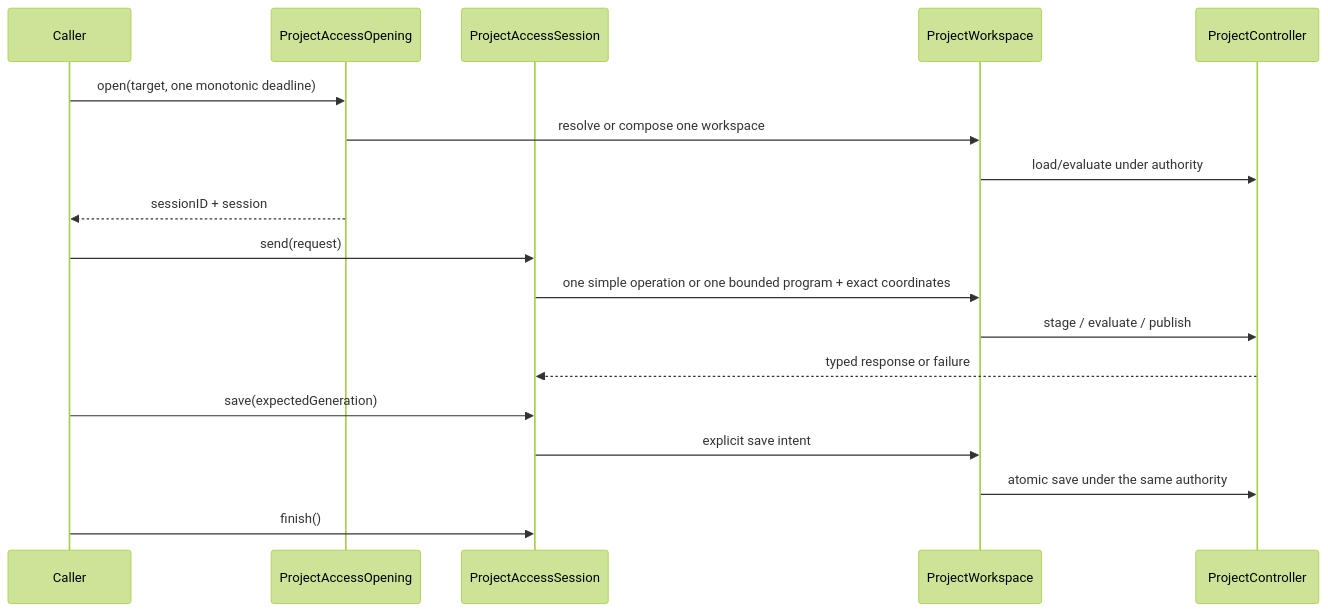
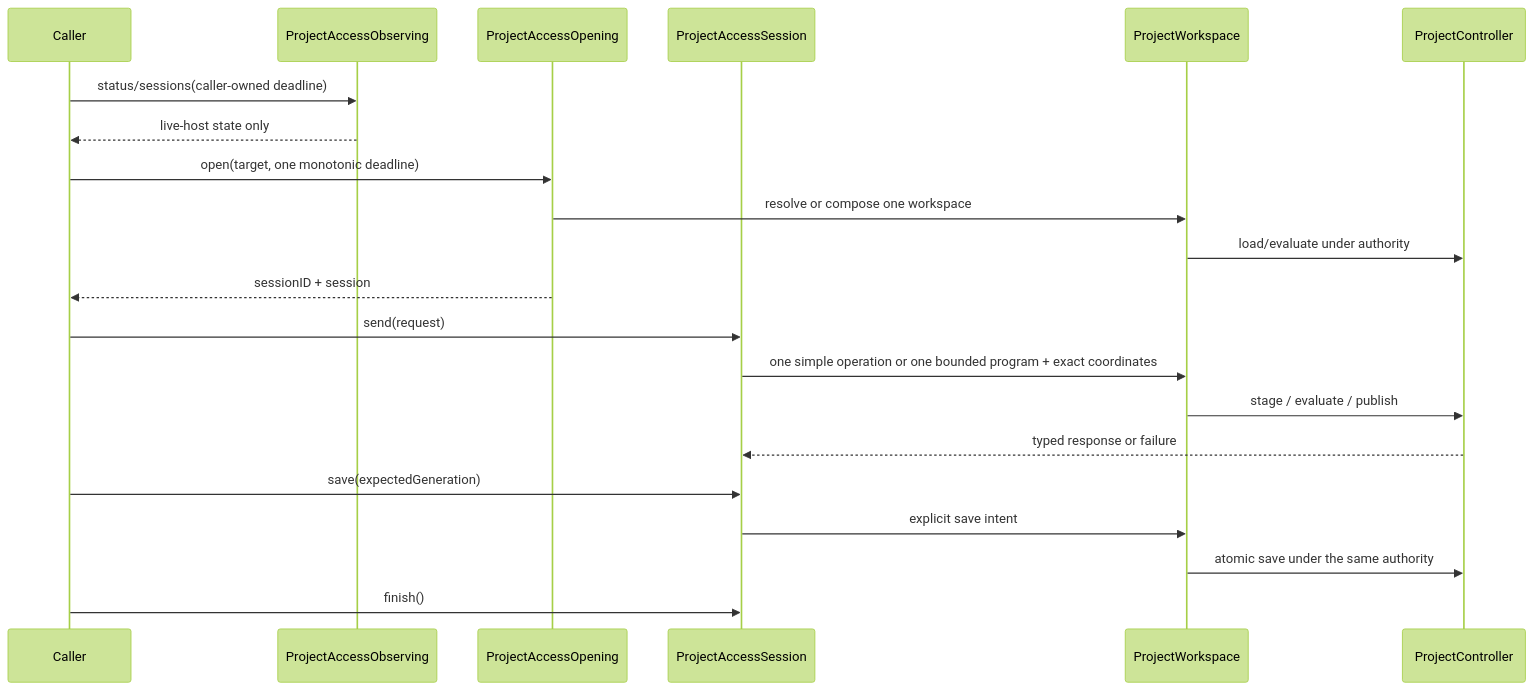
The second of 2 diagrams in RupaKit/Sources/RupaProjectAccess/DESIGN.md (1amageek/Rupa), drawn with Mermaid (forest theme) before and after one commit. The commit also changed other lines of this file and 114 other files, not shown here.

Commit message:
Route CLI through project access

````diff
--- a/RupaKit/Sources/RupaProjectAccess/DESIGN.md
+++ b/RupaKit/Sources/RupaProjectAccess/DESIGN.md
@@ -182,20 +201,23 @@
 ```mermaid
 sequenceDiagram
     participant Caller
+    participant Observer as ProjectAccessObserving
     participant Opening as ProjectAccessOpening
     participant Session as ProjectAccessSession
     participant W as ProjectWorkspace
     participant P as ProjectController
+    Caller->>Observer: status/sessions(caller-owned deadline)
+    Observer-->>Caller: live-host state only
     Caller->>Opening: open(target, one monotonic deadline)
     Opening->>W: resolve or compose one workspace
     W->>P: load/evaluate under authority
     Opening-->>Caller: sessionID + session
     Caller->>Session: send(request)
     Session->>W: one simple operation or one bounded program + exact coordinates
     W->>P: stage / evaluate / publish
     P-->>Session: typed response or failure
     Caller->>Session: save(expectedGeneration)
     Session->>W: explicit save intent
     W->>P: atomic save under the same authority
     Caller->>Session: finish()
 ```
````
